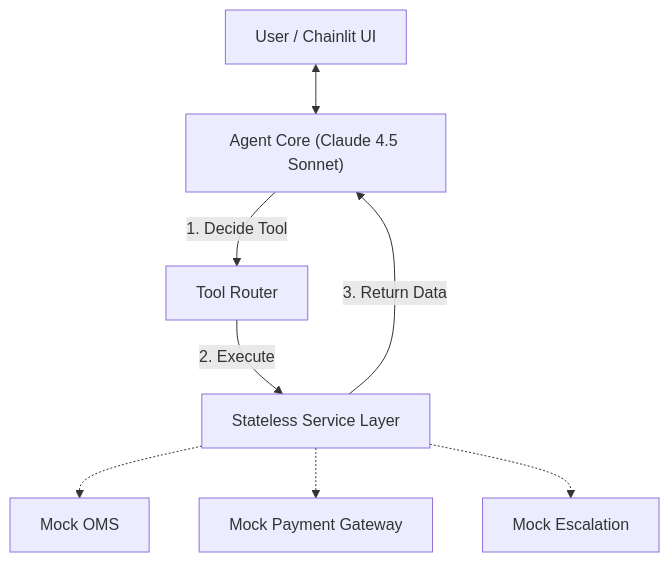
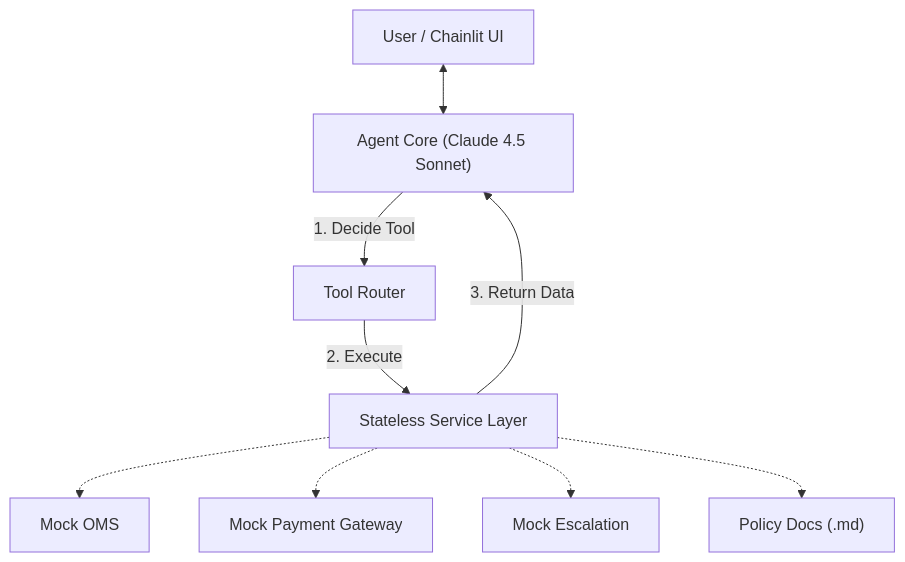
The diagram in README.md (nitinNayar/enterprise-cx-agent), drawn with Mermaid before and after one commit. The commit also changed other lines of this file, not shown here.

````diff
--- a/README.md
+++ b/README.md
@@ -23,10 +24,12 @@
 ```mermaid
 graph TD
     User["User / Chainlit UI"] <--> Agent["Agent Core (Claude 4.5 Sonnet)"]
     Agent -- "1. Decide Tool" --> ToolRouter["Tool Router"]
     ToolRouter -- "2. Execute" --> Services["Stateless Service Layer"]
     Services -- "3. Return Data" --> Agent
     Services -.-> OMS["Mock OMS"]
     Services -.-> Stripe["Mock Payment Gateway"]
     Services -.-> Zendesk["Mock Escalation"]
+    Services -.-> Policies["Policy Docs (.md)"]
+
 ```
````
